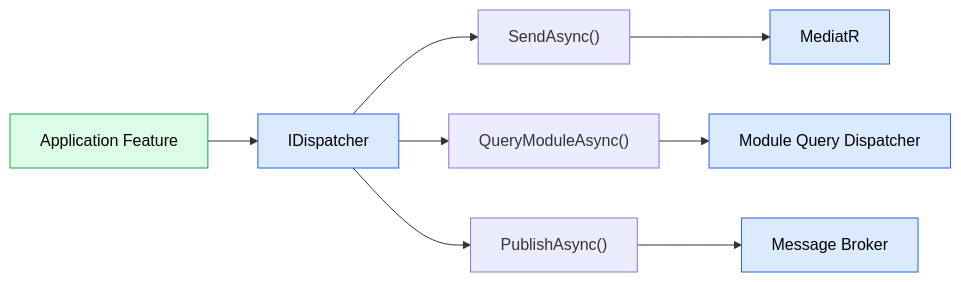
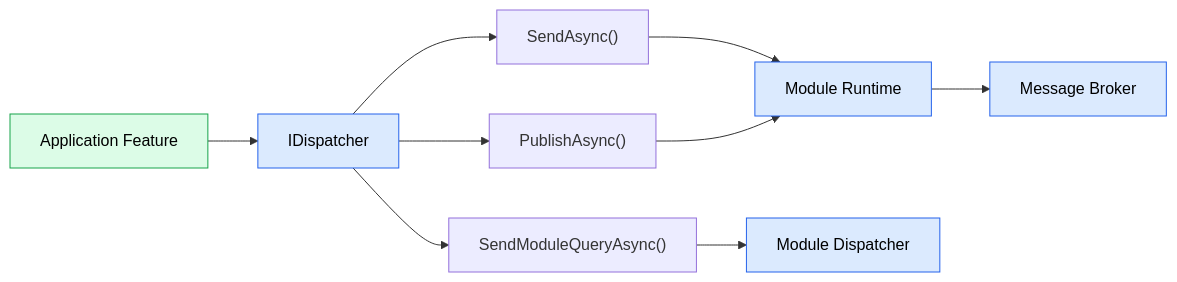
One commit to soufiane-rizk/Jobwize changed the diagram in docs/adr/003-module-communication.md. Above: the diagram before and after it, drawn with Mermaid. The commit also changed other lines of this file and 42 other files, not shown here.

First line of the commit message:
feat(runtime): replace MediatR with custom module runtime

````diff
--- a/docs/adr/003-module-communication.md
+++ b/docs/adr/003-module-communication.md
@@ -27,25 +32,27 @@
 ```mermaid
 flowchart LR
 
     Feature["Application Feature"]
 
     Feature --> Dispatcher["IDispatcher"]
 
     Dispatcher --> Send["SendAsync()"]
 
-    Dispatcher --> Query["QueryModuleAsync()"]
+    Dispatcher --> Query["SendModuleQueryAsync()"]
 
     Dispatcher --> Publish["PublishAsync()"]
 
-    Send --> MediatR["MediatR"]
+    Send --> Runtime["Module Runtime"]
 
-    Query --> ModuleDispatcher["Module Query Dispatcher"]
+    Query --> ModuleDispatcher["Module Dispatcher"]
 
-    Publish --> Broker["Message Broker"]
+    Publish --> Runtime
+
+    Runtime --> Broker["Message Broker"]
 
     classDef application fill:#dcfce7,stroke:#16a34a,color:#000;
     classDef infrastructure fill:#dbeafe,stroke:#2563eb,color:#000;
 
     class Feature application;
-    class Dispatcher,MediatR,ModuleDispatcher,Broker infrastructure;
+    class Dispatcher,Runtime,ModuleDispatcher,Broker infrastructure;
 ```
````
